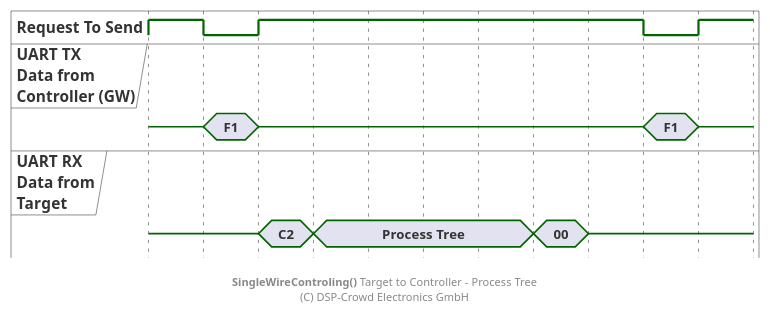
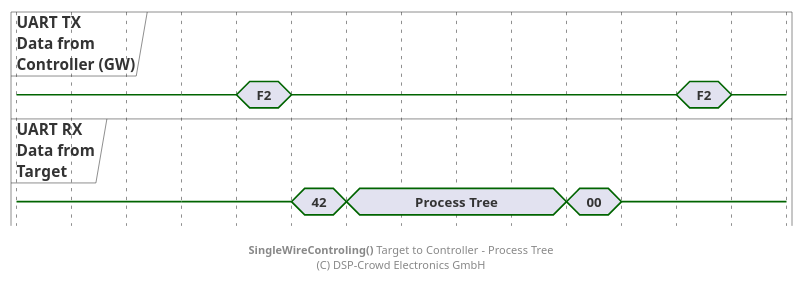
One commit to NoOrientationProgramming/code-orb changed the diagram in doc/system/protocol/A3_swt-target-to-ctrl_proc.pu. Above: the diagram before and after it, drawn with PlantUML. The commit also changed 15 other files, not shown here.

```diff
--- a/doc/system/protocol/A3_swt-target-to-ctrl_proc.pu
+++ b/doc/system/protocol/A3_swt-target-to-ctrl_proc.pu
@@ -2,42 +2,40 @@
 @startuml
 
 hide time-axis
 
-binary "Request To Send" as rts
 concise "UART TX\nData from\nController (GW)" as ctrl
 concise "UART RX\nData from\nTarget" as tar
 
 @0
-rts is 1
+ctrl is {-}
+tar is {-}
+
+@+60
 ctrl is {-}
 tar is {-}
 
 @+20
-rts is 0
-ctrl is "F1"
+ctrl is "F2"
 
 @+20
-rts is 1
 ctrl is {-}
-tar is "C2"
+tar is "42"
 
 @+20
 tar is "Process Tree"
 
 @+80
 tar is "00"
 
 @+20
 tar is {-}
 
 @+20
-rts is 0
-ctrl is "F1"
+ctrl is "F2"
 
 @+20
-rts is 1
 ctrl is {-}
 
 footer **SingleWireControling()** Target to Controller - Process Tree\n(C) DSP-Crowd Electronics GmbH
 
 @enduml
```
